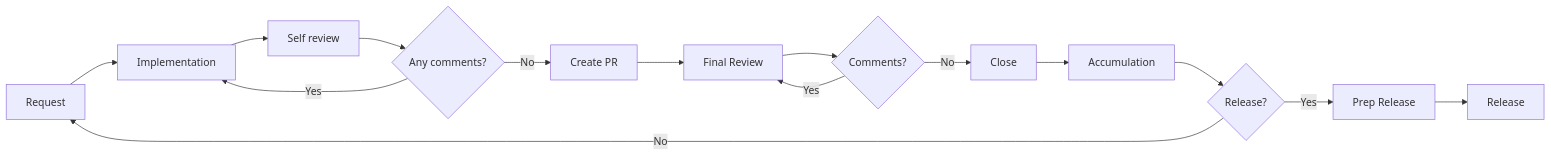
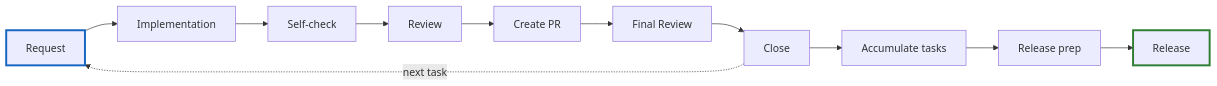
One commit to prikotov/task-agents-playbook changed the second of 3 diagrams in README.en.md. Above: the diagram before and after it, drawn with Mermaid. The commit also changed other lines of this file and 2 other files, not shown here.

Commit message:
docs: update implementation process from blog article — add Role review step, new mermaid diagram, closing paragraph

````diff
--- a/README.en.md
+++ b/README.en.md
@@ -142,17 +149,21 @@
 ```mermaid
 flowchart LR
-    A[Request] --> B[Implementation]
-    B --> C[Self review]
-    C --> D{Any comments?}
-    D -->|Yes| B
-    D -->|No| E[Create PR]
-    E --> F[Final Review]
-    F --> G{Comments?}
-    G -->|Yes| F
-    G -->|No| H[Close]
-    H --> I[Accumulation]
-    I --> J{Release?}
-    J -->|No| A
-    J -->|Yes| K[Prep Release]
-    K --> L[Release]
+    A["Request"] --> B["Implementation"]
+    B --> C["Self-check"]
+    C --> D["Review"]
+    D --> E["Create PR"]
+    E --> F["Final Review"]
+    F --> G["Close"]
+
+    G -.->|"next task"| A
+
+    G --> H["Accumulate tasks"]
+    H --> I["Release prep"]
+    I --> J["Release"]
+
+    classDef start stroke:#1565c0,stroke-width:3px;
+    classDef release stroke:#2e7d32,stroke-width:3px;
+
+    class A start;
+    class J release;
 ```
````
